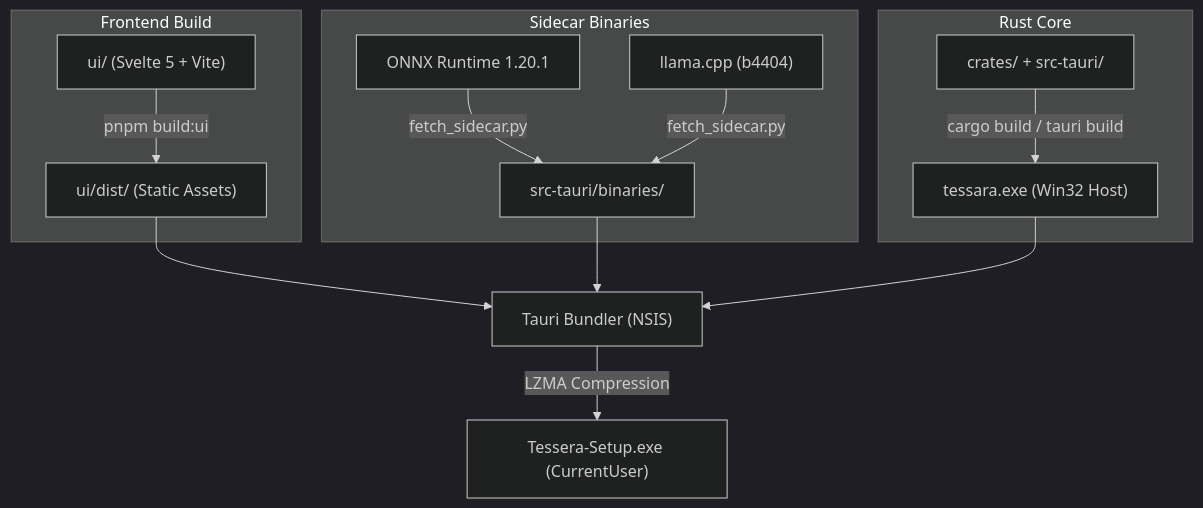
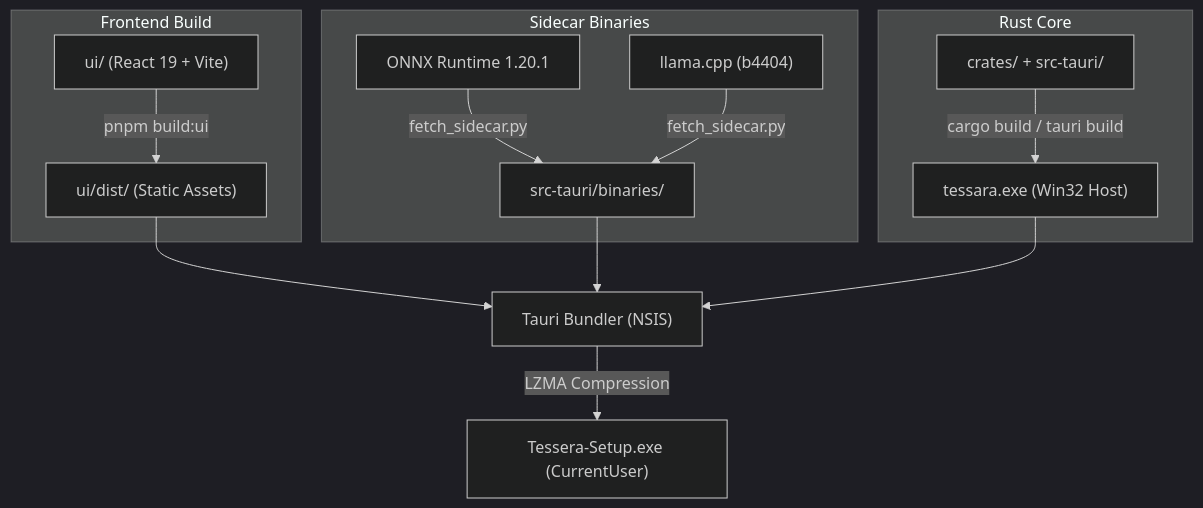
One commit to webex042/Tessera changed the diagram in docs-site/deployment/packaging.md. Above: the diagram before and after it, drawn with Mermaid (dark theme). The commit also changed other lines of this file and 31 other files, not shown here.

````diff
--- a/docs-site/deployment/packaging.md
+++ b/docs-site/deployment/packaging.md
@@ -10,17 +10,17 @@
 ```mermaid
 flowchart TD
     subgraph Frontend["Frontend Build"]
-        UI["ui/ (Svelte 5 + Vite)"] -->|pnpm build:ui| DIST["ui/dist/ (Static Assets)"]
+        UI["ui/ (React 19 + Vite)"] -->|pnpm build:ui| DIST["ui/dist/ (Static Assets)"]
     end
 
     subgraph Sidecars["Sidecar Binaries"]
         ORT["ONNX Runtime 1.20.1"] & LLAMA["llama.cpp (b4404)"] -->|fetch_sidecar.py| BINS["src-tauri/binaries/"]
     end
 
     subgraph Backend["Rust Core"]
         CORE["crates/ + src-tauri/"] -->|cargo build / tauri build| EXE["tessara.exe (Win32 Host)"]
     end
 
     DIST & BINS & EXE --> BUNDLE["Tauri Bundler (NSIS)"]
     BUNDLE -->|LZMA Compression| INSTALLER["Tessera-Setup.exe (CurrentUser)"]
 ```
````
